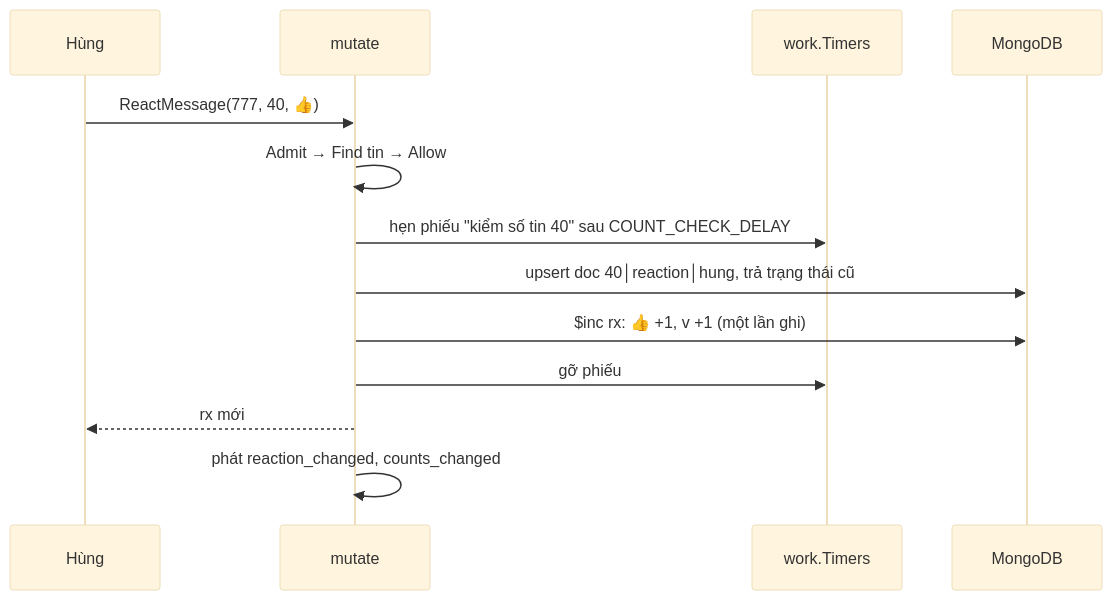
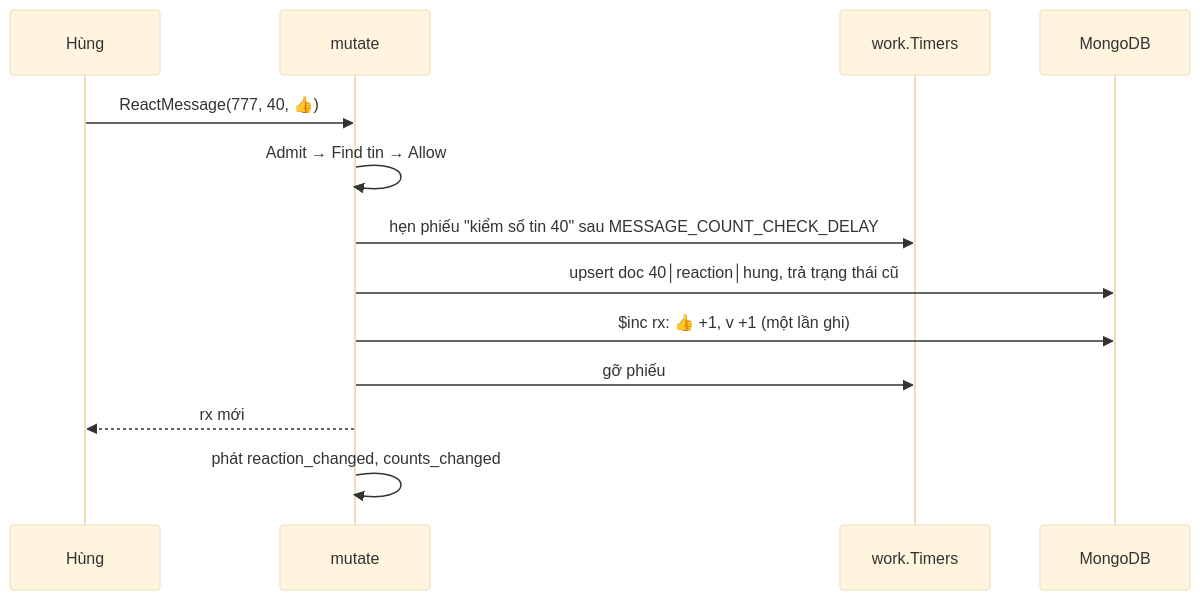
The second of 3 diagrams in docs/plans/2026-10-10-m2c-threads-mentions-summary.md (ivannguyendev/chatim), drawn with Mermaid (base theme) before and after one commit. The commit also changed other lines of this file, not shown here.

Commit message:
docs: name the message count repair delay MESSAGE_COUNT_CHECK_DELAY

````diff
--- a/docs/plans/2026-10-10-m2c-threads-mentions-summary.md
+++ b/docs/plans/2026-10-10-m2c-threads-mentions-summary.md
@@ -137,15 +137,15 @@
 ```mermaid
 sequenceDiagram
   participant H as Hùng
   participant MU as mutate
   participant T as work.Timers
   participant DB as MongoDB
   H->>MU: ReactMessage(777, 40, 👍)
   MU->>MU: Admit → Find tin → Allow
-  MU->>T: hẹn phiếu "kiểm số tin 40" sau COUNT_CHECK_DELAY
+  MU->>T: hẹn phiếu "kiểm số tin 40" sau MESSAGE_COUNT_CHECK_DELAY
   MU->>DB: upsert doc 40│reaction│hung, trả trạng thái cũ
   MU->>DB: $inc rx: 👍 +1, v +1 (một lần ghi)
   MU->>T: gỡ phiếu
   MU-->>H: rx mới
   MU->>MU: phát reaction_changed, counts_changed
 ```
````
